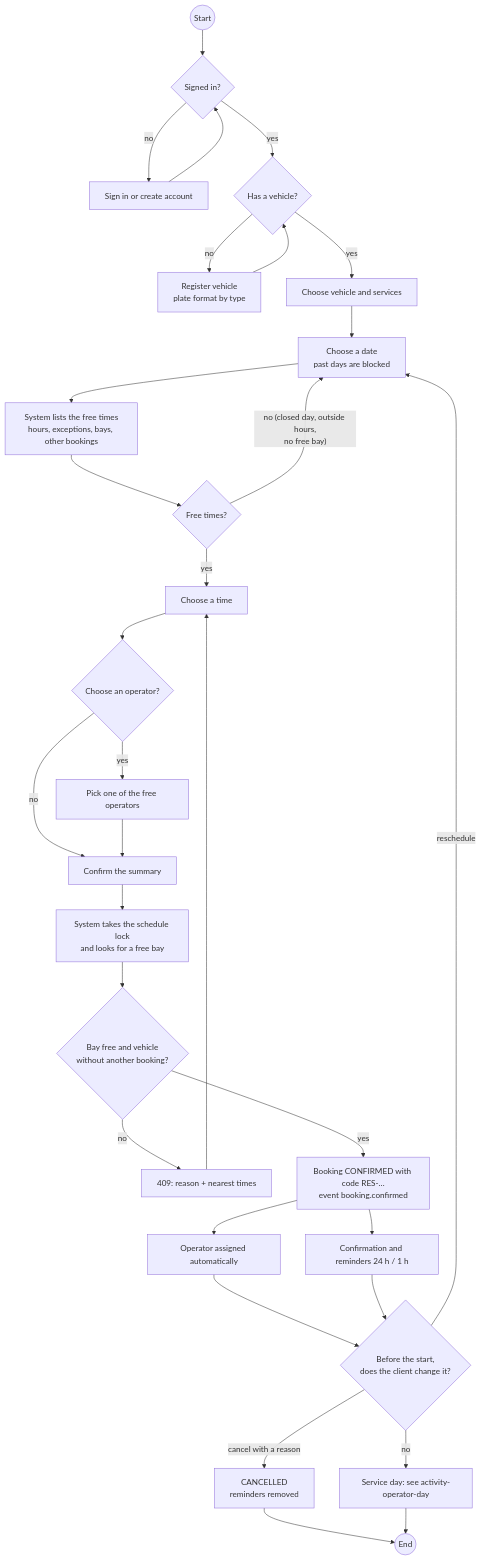
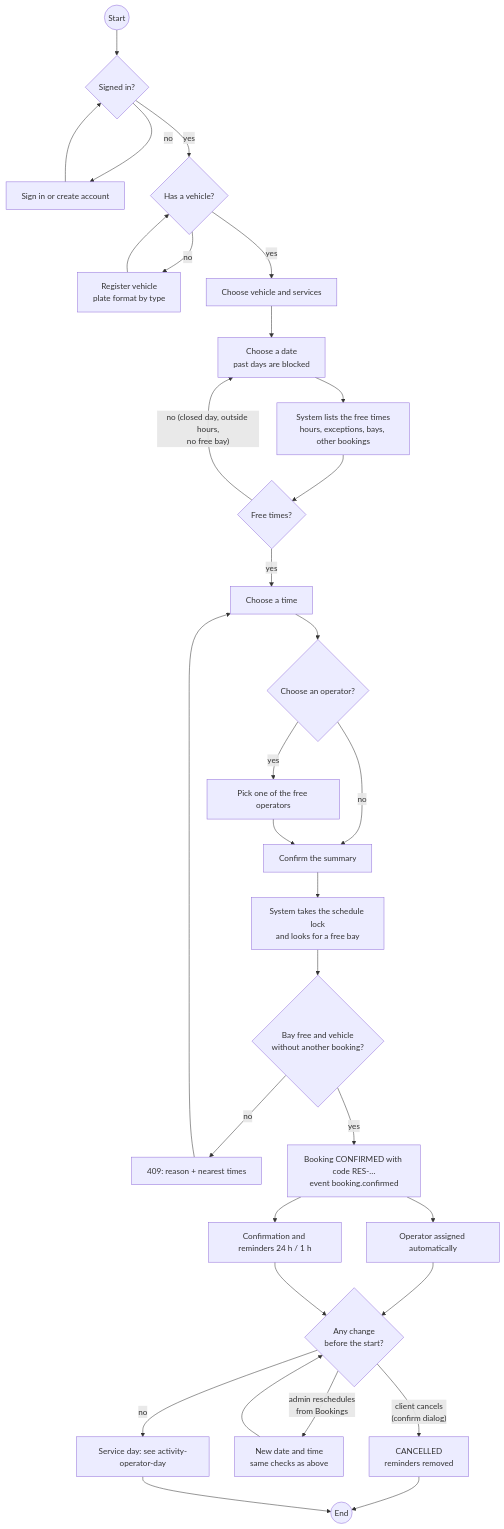
The diagram in 08-uml/diagrams/source/activity-booking.md (code-sena/vehicle-w-docs), drawn with Mermaid before and after one commit. The commit also changed other lines of this file and 20 other files, not shown here.

First line of the commit message:
docs(uml): align the diagrams with the code and keep them free of crossing lines

````diff
--- a/08-uml/diagrams/source/activity-booking.md
+++ b/08-uml/diagrams/source/activity-booking.md
@@ -7,29 +9,29 @@
 ```mermaid
 flowchart TD
     start((Start)) --> login{Signed in?}
     login -- no --> signin[Sign in or create account] --> login
     login -- yes --> veh{Has a vehicle?}
     veh -- no --> addveh[Register vehicle<br/>plate format by type] --> veh
     veh -- yes --> pick[Choose vehicle and services]
     pick --> date[Choose a date<br/>past days are blocked]
     date --> avail[System lists the free times<br/>hours, exceptions, bays, other bookings]
     avail --> hasfree{Free times?}
     hasfree -- "no (closed day, outside hours,<br/>no free bay)" --> date
     hasfree -- yes --> time[Choose a time]
     time --> op{Choose an operator?}
     op -- yes --> chooseop[Pick one of the free operators]
     op -- no --> confirm
     chooseop --> confirm[Confirm the summary]
     confirm --> create[System takes the schedule lock<br/>and looks for a free bay]
     create --> ok{Bay free and vehicle<br/>without another booking?}
     ok -- no --> alt[409: reason + nearest times] --> time
     ok -- yes --> done[Booking CONFIRMED with code RES-…<br/>event booking.confirmed]
     done --> par1[Operator assigned automatically]
     done --> par2[Confirmation and reminders 24 h / 1 h]
-    par1 & par2 --> wait{Before the start,<br/>does the client change it?}
-    wait -- reschedule --> date
-    wait -- cancel with a reason --> cancelled[CANCELLED<br/>reminders removed]
+    par1 & par2 --> wait{Any change<br/>before the start?}
+    wait -- "client cancels<br/>(confirm dialog)" --> cancelled[CANCELLED<br/>reminders removed]
+    wait -- "admin reschedules<br/>from Bookings" --> resched[New date and time<br/>same checks as above] --> wait
     wait -- no --> service[Service day: see activity-operator-day]
     cancelled --> stop((End))
     service --> stop
 ```
````
